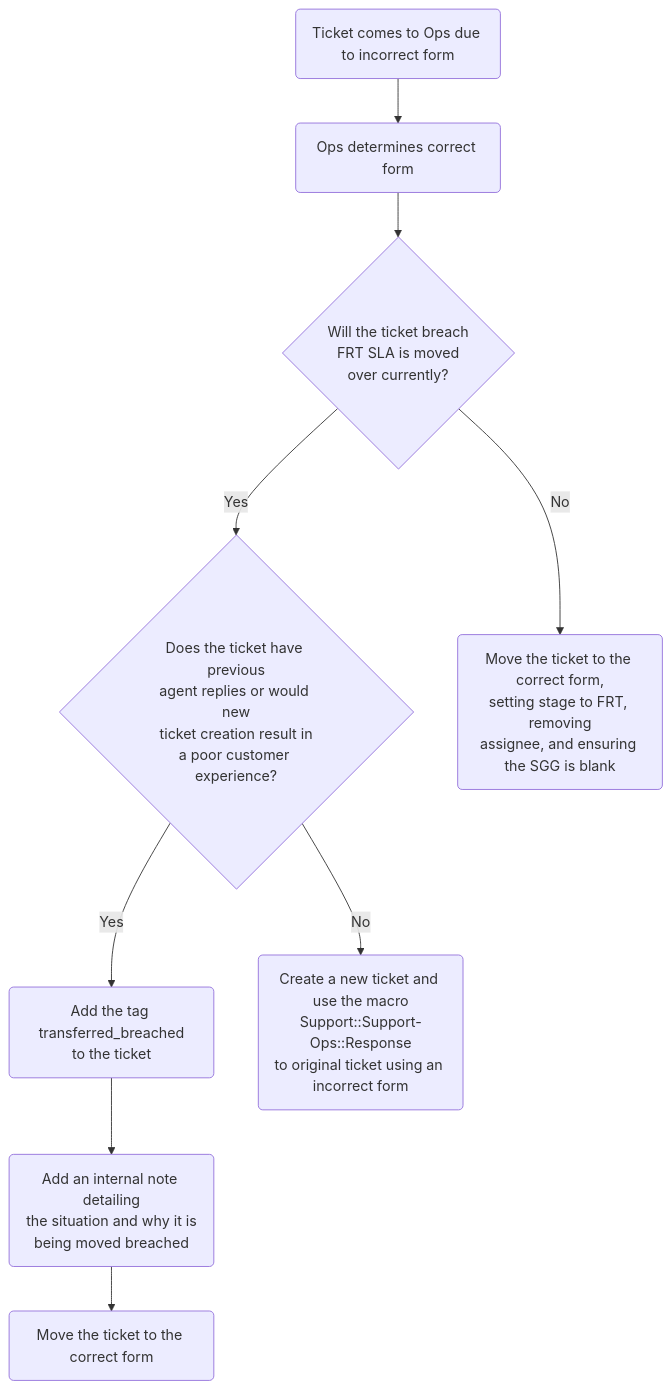
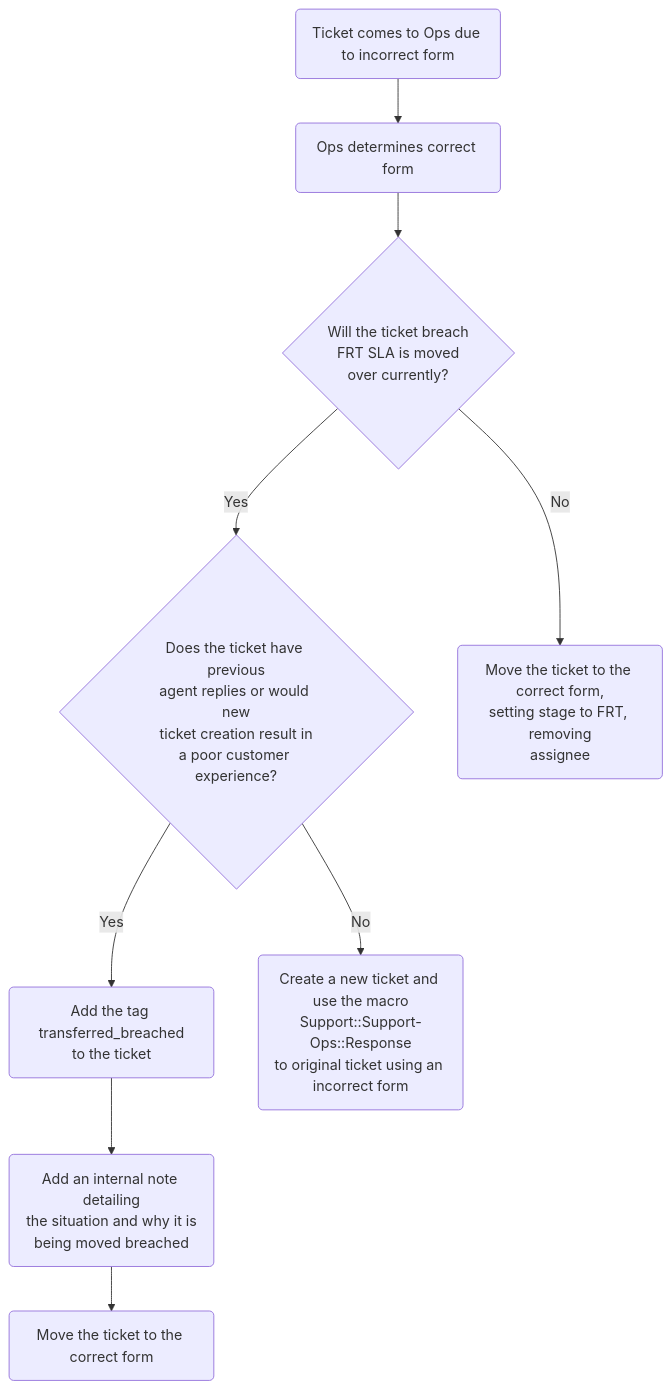
One commit to secretstartups/handbook changed the diagram in content/handbook/support/readiness/operations/docs/policies/working_tickets.md. Above: the diagram before and after it, drawn with Mermaid. The commit also changed other lines of this file and 6 other files, not shown here.

Commit message:
Removing SGG

````diff
--- a/content/handbook/support/readiness/operations/docs/policies/working_tickets.md
+++ b/content/handbook/support/readiness/operations/docs/policies/working_tickets.md
@@ -201,20 +201,20 @@
 ```mermaid
 graph TD;
   A-->B;
   B-->C;
   C-->|Yes| D;
   C-->|No| I;
   D-->|Yes| E;
   D-->|No| H;
   E-->F;
   F-->G;
   A(Ticket comes to Ops due to incorrect form)
   B(Ops determines correct form)
   C{Will the ticket breach<br>FRT SLA is moved<br>over currently?}
   D{Does the ticket have previous<br>agent replies or would new<br>ticket creation result in<br>a poor customer experience?}
   E(Add the tag transferred_breached<br>to the ticket)
   F(Add an internal note detailing<br>the situation and why it is<br>being moved breached)
   G(Move the ticket to the correct form)
   H(Create a new ticket and use the macro<br>Support::Support-Ops::Response<br>to original ticket using an incorrect form)
-  I(Move the ticket to the correct form,<br>setting stage to FRT, removing<br>assignee, and ensuring the SGG is blank)
+  I(Move the ticket to the correct form,<br>setting stage to FRT, removing<br>assignee)
 ```
````
